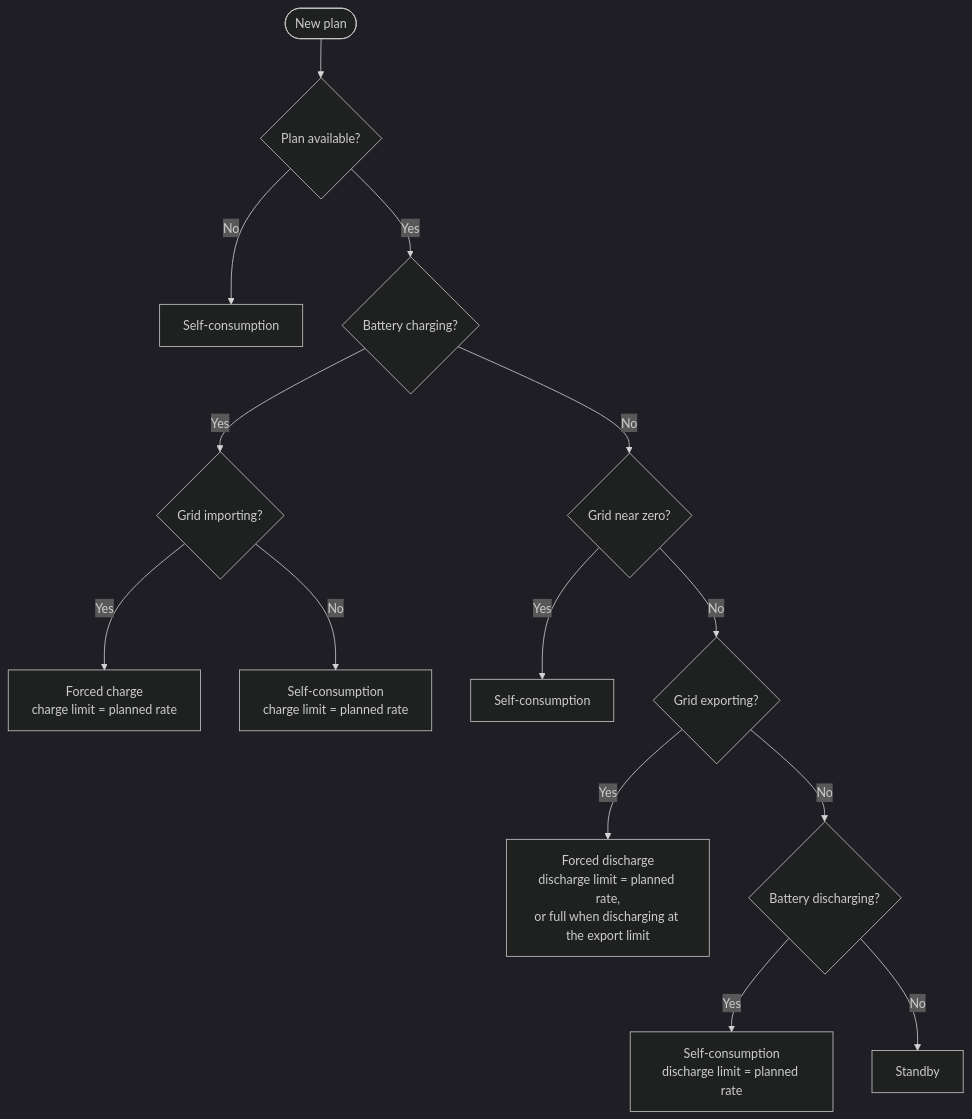
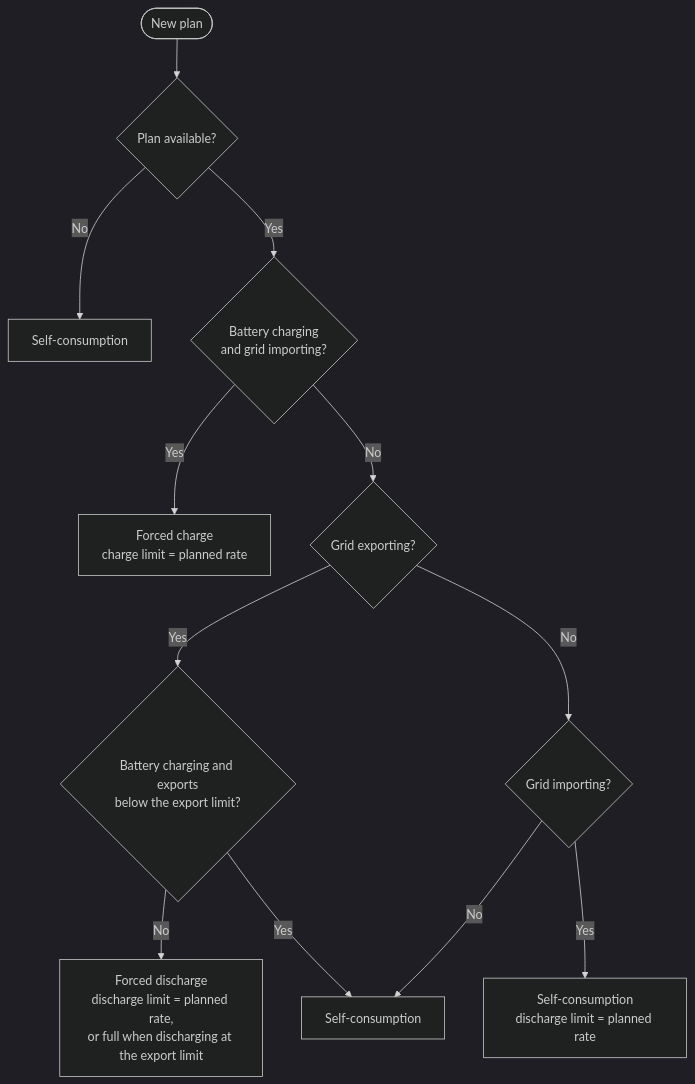
One commit to hass-energy/haeo changed the diagram in docs/user-guide/automations.md. Above: the diagram before and after it, drawn with Mermaid (dark theme). The commit also changed other lines of this file and 1 other file, not shown here.

First line of the commit message:
Leave the battery free to absorb solar in the automation rules

````diff
--- a/docs/user-guide/automations.md
+++ b/docs/user-guide/automations.md
@@ -60,16 +72,14 @@
 ```mermaid
 flowchart TD
     Start([New plan]) --> Avail{Plan available?}
     Avail -- No --> SC1[Self-consumption]
-    Avail -- Yes --> Chg{Battery charging?}
-    Chg -- Yes --> Imp{Grid importing?}
-    Imp -- Yes --> FC[Forced charge<br/>charge limit = planned rate]
-    Imp -- No --> SC2[Self-consumption<br/>charge limit = planned rate]
-    Chg -- No --> Zero{Grid near zero?}
-    Zero -- Yes --> SC3[Self-consumption]
-    Zero -- No --> Exp{Grid exporting?}
-    Exp -- Yes --> FD[Forced discharge<br/>discharge limit = planned rate,<br/>or full when discharging at the export limit]
-    Exp -- No --> Dis{Battery discharging?}
-    Dis -- Yes --> SC4[Self-consumption<br/>discharge limit = planned rate]
-    Dis -- No --> SB[Standby]
+    Avail -- Yes --> Imp1{Battery charging<br/>and grid importing?}
+    Imp1 -- Yes --> FC[Forced charge<br/>charge limit = planned rate]
+    Imp1 -- No --> Exp{Grid exporting?}
+    Exp -- Yes --> Lim{Battery charging and exports<br/>below the export limit?}
+    Lim -- No --> FD[Forced discharge<br/>discharge limit = planned rate,<br/>or full when discharging at the export limit]
+    Lim -- Yes --> SC3[Self-consumption]
+    Exp -- No --> Imp2{Grid importing?}
+    Imp2 -- Yes --> SC2[Self-consumption<br/>discharge limit = planned rate]
+    Imp2 -- No --> SC3
 ```
````
